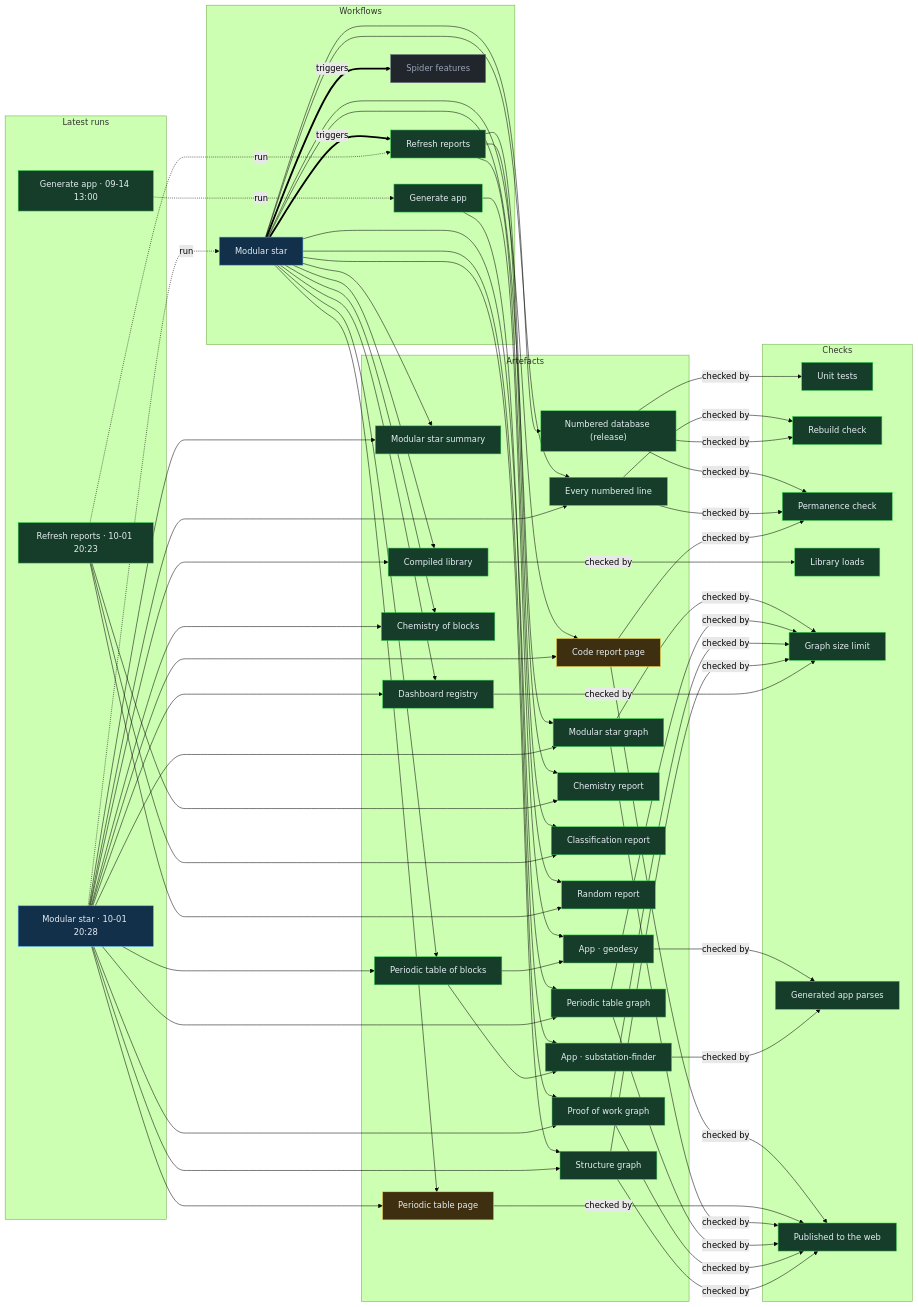
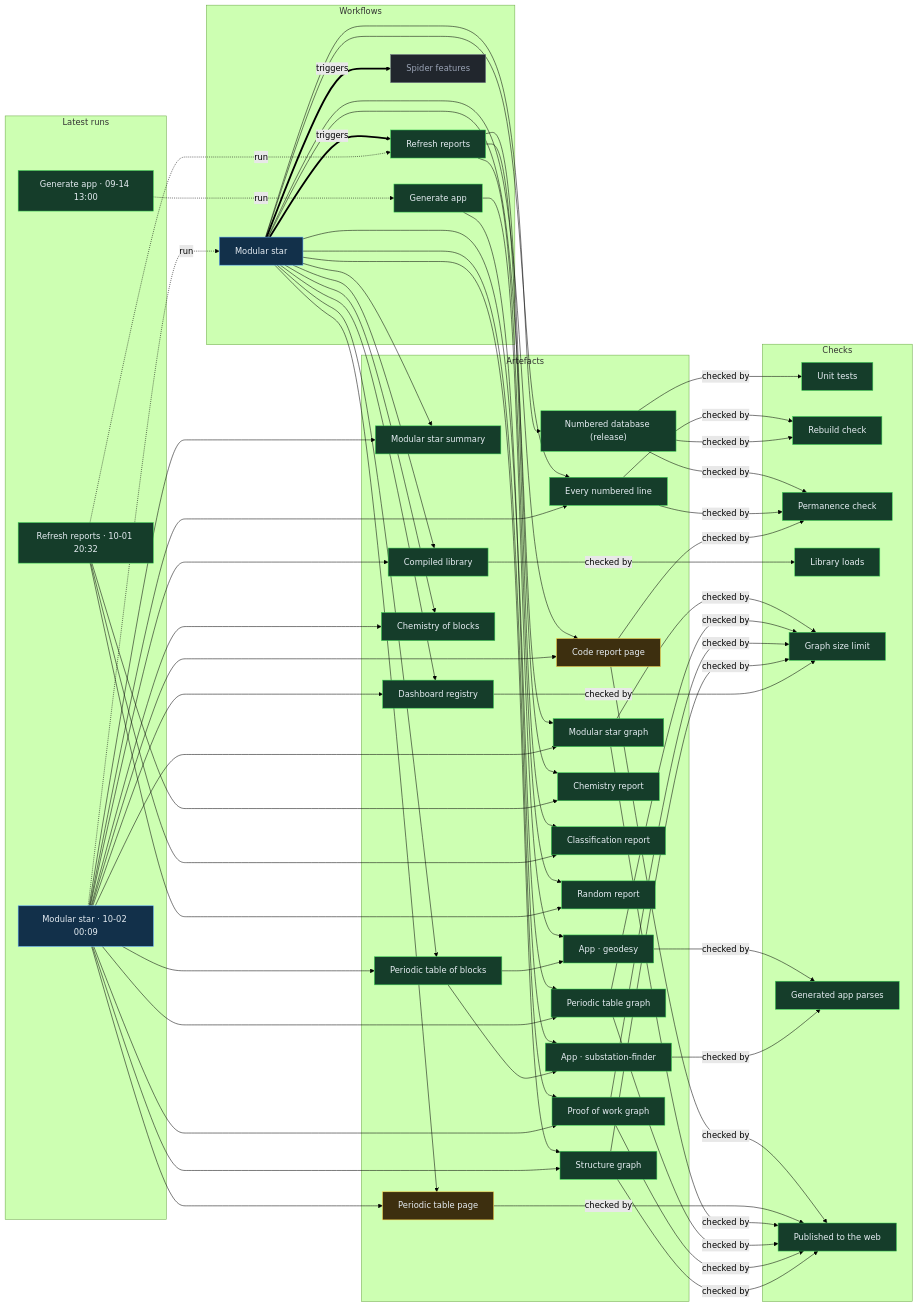
One commit to Ventusltd/stars changed the diagram in proof/PROOF.md. Above: the diagram before and after it, drawn with Mermaid (forest theme). The commit also changed other lines of this file and 36 other files, not shown here.

Commit message:
Modular star 2026-10-02T00:12Z

```diff
--- a/proof/PROOF.md
+++ b/proof/PROOF.md
@@ -24,8 +24,8 @@
   n_wf_spider_features["Spider features"]:::off
   end
   subgraph g_runs["Latest runs"]
-  n_run_36921883944["Modular star · 10-01 20:28"]:::live
-  n_run_36921253018["Refresh reports · 10-01 20:23"]:::ok
+  n_run_36944580718["Modular star · 10-02 00:09"]:::live
+  n_run_36922370104["Refresh reports · 10-01 20:32"]:::ok
   n_run_34846587798["Generate app · 09-14 13:00"]:::ok
   end
   subgraph g_artefacts["Artefacts"]
@@ -59,39 +59,39 @@
   end
   n_wf_modular_star == triggers ==> n_wf_refresh
   n_wf_modular_star == triggers ==> n_wf_spider_features
-  n_run_36921883944 -. run .-> n_wf_modular_star
-  n_run_36921253018 -. run .-> n_wf_refresh
+  n_run_36944580718 -. run .-> n_wf_modular_star
+  n_run_36922370104 -. run .-> n_wf_refresh
   n_run_34846587798 -. run .-> n_wf_generate
   n_wf_modular_star --> n_art_summary
-  n_run_36921883944 --> n_art_summary
+  n_run_36944580718 --> n_art_summary
   n_wf_modular_star --> n_art_lines
-  n_run_36921883944 --> n_art_lines
+  n_run_36944580718 --> n_art_lines
   n_wf_modular_star --> n_art_code
-  n_run_36921883944 --> n_art_code
+  n_run_36944580718 --> n_art_code
   n_wf_modular_star --> n_art_modular_graph
-  n_run_36921883944 --> n_art_modular_graph
+  n_run_36944580718 --> n_art_modular_graph
   n_wf_modular_star --> n_art_blocks
-  n_run_36921883944 --> n_art_blocks
+  n_run_36944580718 --> n_art_blocks
   n_wf_modular_star --> n_art_table
-  n_run_36921883944 --> n_art_table
+  n_run_36944580718 --> n_art_table
   n_wf_modular_star --> n_art_blocks_graph
-  n_run_36921883944 --> n_art_blocks_graph
+  n_run_36944580718 --> n_art_blocks_graph
   n_wf_modular_star --> n_art_reactions
-  n_run_36921883944 --> n_art_reactions
+  n_run_36944580718 --> n_art_reactions
   n_wf_modular_star --> n_art_library
-  n_run_36921883944 --> n_art_library
+  n_run_36944580718 --> n_art_library
   n_wf_modular_star --> n_art_features
-  n_run_36921883944 --> n_art_features
+  n_run_36944580718 --> n_art_features
   n_wf_modular_star --> n_art_proof
-  n_run_36921883944 --> n_art_proof
+  n_run_36944580718 --> n_art_proof
   n_wf_modular_star --> n_art_structure
-  n_run_36921883944 --> n_art_structure
+  n_run_36944580718 --> n_art_structure
   n_wf_refresh --> n_art_chemistry
-  n_run_36921253018 --> n_art_chemistry
+  n_run_36922370104 --> n_art_chemistry
   n_wf_refresh --> n_art_vedic
-  n_run_36921253018 --> n_art_vedic
+  n_run_36922370104 --> n_art_vedic
   n_wf_refresh --> n_art_random
-  n_run_36921253018 --> n_art_random
+  n_run_36922370104 --> n_art_random
   n_wf_modular_star --> n_art_release
   n_wf_generate --> n_app_geodesy
   n_art_blocks --> n_app_geodesy
```
